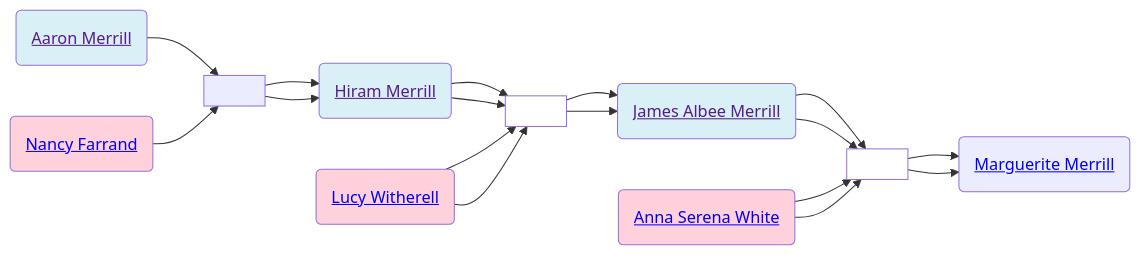
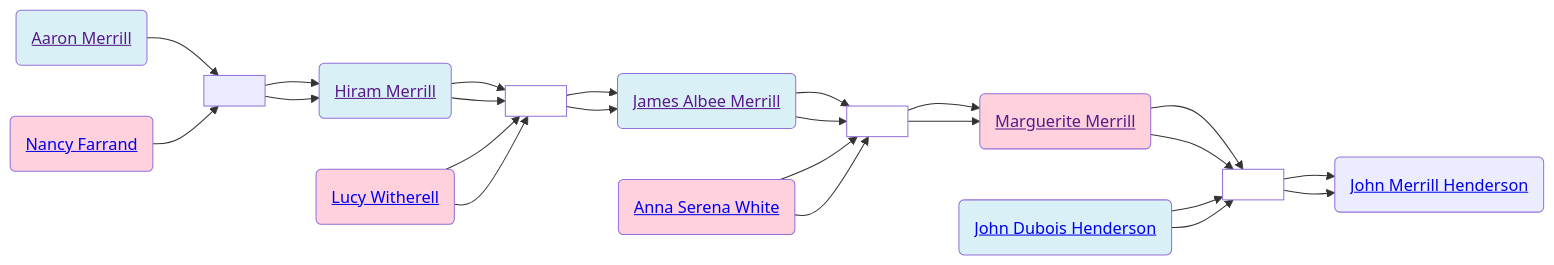
Before and after one commit to neelsmith/avocational: the diagram in familyhistory/sources/people/Merrill-line/Aaron_Merrill.qmd, drawn with Mermaid. The commit also changed 79 other files, not shown here.

````diff
--- a/familyhistory/sources/people/Merrill-line/Aaron_Merrill.qmd
+++ b/familyhistory/sources/people/Merrill-line/Aaron_Merrill.qmd
@@ -28,41 +28,53 @@
 ```{mermaid}
 graph LR
 %% LR descendant diagram
 class Aaron_Merrill_and_Nancy_Farrand marriage
 Aaron_Merrill(<a href=''>Aaron Merrill</>) --> Aaron_Merrill_and_Nancy_Farrand[ ]
 Nancy_Farrand(<a href='./Nancy_Farrand.html'>Nancy Farrand</>) --> Aaron_Merrill_and_Nancy_Farrand(( ))
 class Aaron_Merrill father
 class Nancy_Farrand mother
 Aaron_Merrill_and_Nancy_Farrand[ ] --> Hiram_Merrill(<a href='./Hiram_Merrill.html'>Hiram Merrill</>)
 class Hiram_Merrill_and_Lucy_Witherell marriage
 Hiram_Merrill(<a href=''>Hiram Merrill</>) --> Hiram_Merrill_and_Lucy_Witherell[ ]
 Lucy_Witherell(<a href='./Lucy_Witherell.html'>Lucy Witherell</>) --> Hiram_Merrill_and_Lucy_Witherell(( ))
 class Hiram_Merrill father
 class Lucy_Witherell mother
 Hiram_Merrill_and_Lucy_Witherell[ ] --> James_Albee_Merrill(<a href='./James_Albee_Merrill.html'>James Albee Merrill</>)
 class James_Albee_Merrill_and_Anna_Serena_White marriage
 James_Albee_Merrill(<a href=''>James Albee Merrill</>) --> James_Albee_Merrill_and_Anna_Serena_White[ ]
 Anna_Serena_White(<a href='./White-line/Anna_Serena_White.html'>Anna Serena White</>) --> James_Albee_Merrill_and_Anna_Serena_White(( ))
 class James_Albee_Merrill father
 class Anna_Serena_White mother
 James_Albee_Merrill_and_Anna_Serena_White[ ] --> Marguerite_Merrill(<a href='./Marguerite_Merrill.html'>Marguerite Merrill</>)
+class Marguerite_Merrill_and_John_Dubois_Henderson marriage
+Marguerite_Merrill(<a href=''>Marguerite Merrill</>) --> Marguerite_Merrill_and_John_Dubois_Henderson[ ]
+John_Dubois_Henderson(<a href='./../Henderson-line/John_Dubois_Henderson.html'>John Dubois Henderson</>) --> Marguerite_Merrill_and_John_Dubois_Henderson(( ))
+class John_Dubois_Henderson father
+class Marguerite_Merrill mother
+Marguerite_Merrill_and_John_Dubois_Henderson[ ] --> John_Merrill_Henderson(<a href='./../Henderson-line/John_Merrill_Henderson.html'>John Merrill Henderson</>)
 class Aaron_Merrill father
 class Nancy_Farrand mother
 Aaron_Merrill_and_Nancy_Farrand[ ] --> Hiram_Merrill(<a href='./Hiram_Merrill.html'>Hiram Merrill</>)
 class Hiram_Merrill_and_Lucy_Witherell marriage
 Hiram_Merrill(<a href=''>Hiram Merrill</>) --> Hiram_Merrill_and_Lucy_Witherell[ ]
 Lucy_Witherell(<a href='./Lucy_Witherell.html'>Lucy Witherell</>) --> Hiram_Merrill_and_Lucy_Witherell(( ))
 class Hiram_Merrill father
 class Lucy_Witherell mother
 Hiram_Merrill_and_Lucy_Witherell[ ] --> James_Albee_Merrill(<a href='./James_Albee_Merrill.html'>James Albee Merrill</>)
 class James_Albee_Merrill_and_Anna_Serena_White marriage
 James_Albee_Merrill(<a href=''>James Albee Merrill</>) --> James_Albee_Merrill_and_Anna_Serena_White[ ]
 Anna_Serena_White(<a href='./White-line/Anna_Serena_White.html'>Anna Serena White</>) --> James_Albee_Merrill_and_Anna_Serena_White(( ))
 class James_Albee_Merrill father
 class Anna_Serena_White mother
 James_Albee_Merrill_and_Anna_Serena_White[ ] --> Marguerite_Merrill(<a href='./Marguerite_Merrill.html'>Marguerite Merrill</>)
+class Marguerite_Merrill_and_John_Dubois_Henderson marriage
+Marguerite_Merrill(<a href=''>Marguerite Merrill</>) --> Marguerite_Merrill_and_John_Dubois_Henderson[ ]
+John_Dubois_Henderson(<a href='./../Henderson-line/John_Dubois_Henderson.html'>John Dubois Henderson</>) --> Marguerite_Merrill_and_John_Dubois_Henderson(( ))
+class John_Dubois_Henderson father
+class Marguerite_Merrill mother
+Marguerite_Merrill_and_John_Dubois_Henderson[ ] --> John_Merrill_Henderson(<a href='./../Henderson-line/John_Merrill_Henderson.html'>John Merrill Henderson</>)
 classDef mother fill:#ffd1dc
 classDef father fill:#daf0f7  
 classDef marriage fill:#ffffff
 
 ```
````
